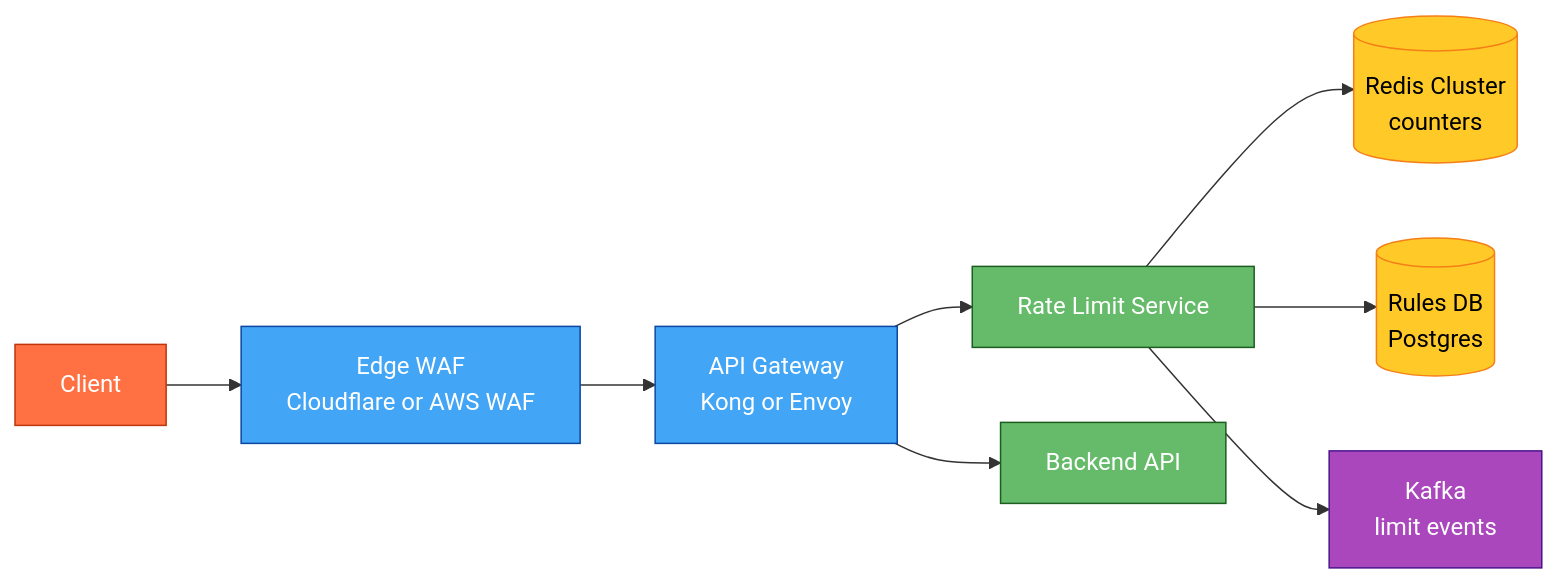
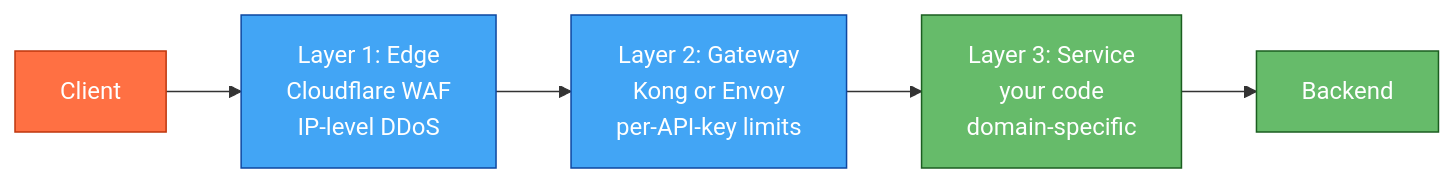
The seventh of 13 diagrams in RateLimiter.md (iluzn/HLD-Designs), drawn with Mermaid before and after one commit. The commit also changed other lines of this file, not shown here.

Commit message:
Rewrite Rate Limiter: beginner-friendly with diagrams-first, glossary, decision trees

````diff
--- a/RateLimiter.md
+++ b/RateLimiter.md
@@ -133,25 +239,17 @@
 ```mermaid
 flowchart LR
     CLIENT["Client"]:::client
-    EDGE["Edge WAF<br/>Cloudflare or AWS WAF"]:::edge
-    GW["API Gateway<br/>Kong or Envoy"]:::edge
-    RL["Rate Limit Service"]:::service
-    REDIS[("Redis Cluster<br/>counters")]:::data
-    RULES[("Rules DB<br/>Postgres")]:::data
-    API["Backend API"]:::service
-    K["Kafka<br/>limit events"]:::async
+    L1["Layer 1: Edge<br/>Cloudflare WAF<br/>IP-level DDoS"]:::edge
+    L2["Layer 2: Gateway<br/>Kong or Envoy<br/>per-API-key limits"]:::edge
+    L3["Layer 3: Service<br/>your code<br/>domain-specific"]:::service
+    API["Backend"]:::service
 
-    CLIENT --> EDGE
-    EDGE --> GW
-    GW --> RL
-    RL --> REDIS
-    RL --> RULES
-    GW --> API
-    RL --> K
+    CLIENT --> L1
+    L1 --> L2
+    L2 --> L3
+    L3 --> API
 
     classDef client fill:#FF7043,stroke:#BF360C,color:#fff
     classDef edge fill:#42A5F5,stroke:#0D47A1,color:#fff
     classDef service fill:#66BB6A,stroke:#1B5E20,color:#fff
-    classDef async fill:#AB47BC,stroke:#4A148C,color:#fff
-    classDef data fill:#FFCA28,stroke:#F57F17,color:#000
 ```
````
